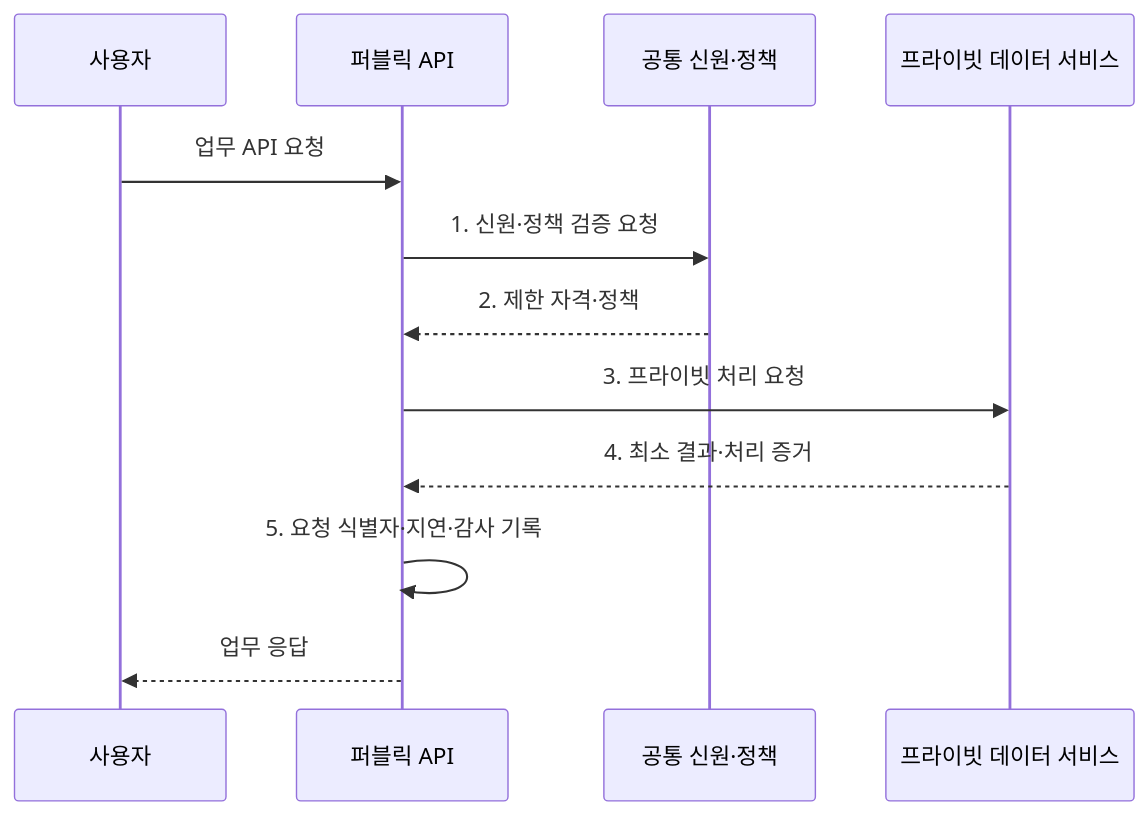
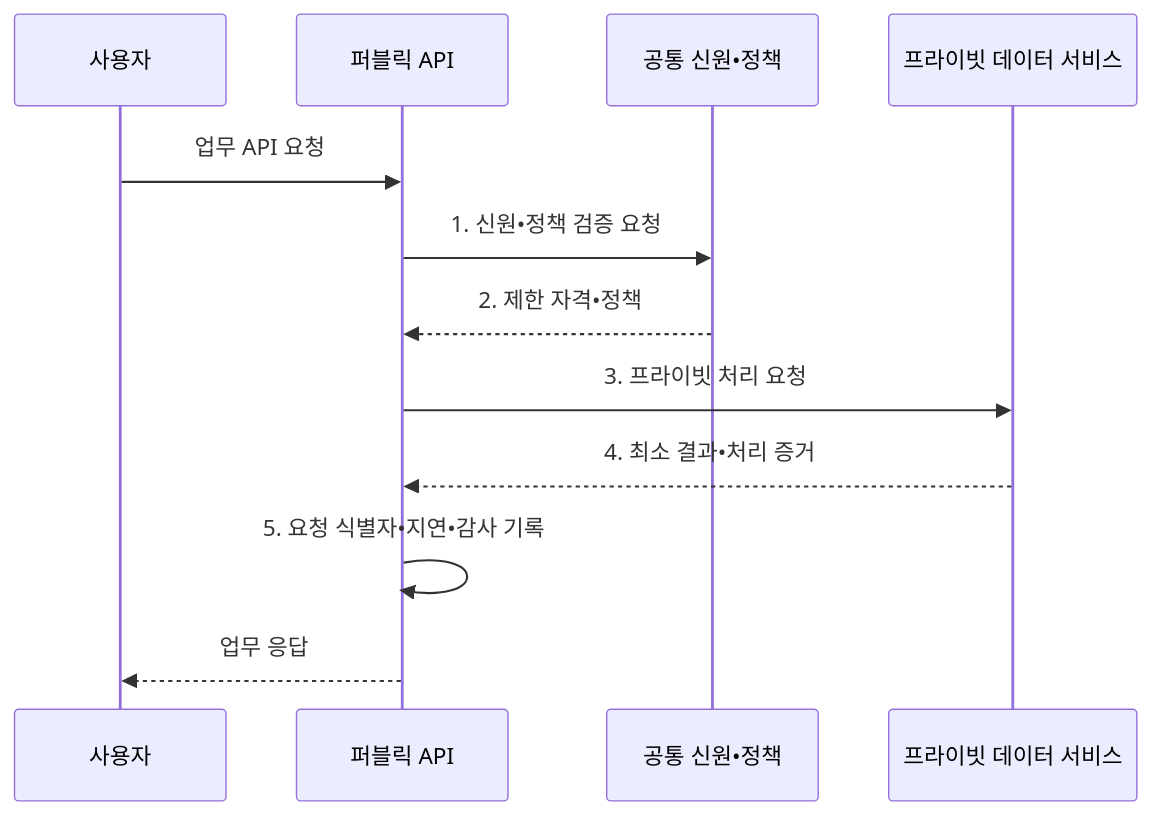
One commit to agnusdei1207/knowledge-base changed the second of 2 diagrams in src/content/docs/notes/03-software/142_cloud_deployment_models.md. Above: the diagram before and after it, drawn with Mermaid. The commit also changed other lines of this file and 953 other files, not shown here.

````diff
--- a/src/content/docs/notes/03-software/142_cloud_deployment_models.md
+++ b/src/content/docs/notes/03-software/142_cloud_deployment_models.md
@@ -109,14 +109,14 @@
 ```mermaid
 sequenceDiagram
     participant U as 사용자
     participant P as 퍼블릭 API
-    participant I as 공통 신원·정책
+    participant I as 공통 신원•정책
     participant R as 프라이빗 데이터 서비스
     U->>P: 업무 API 요청
-    P->>I: 1. 신원·정책 검증 요청
-    I-->>P: 2. 제한 자격·정책
+    P->>I: 1. 신원•정책 검증 요청
+    I-->>P: 2. 제한 자격•정책
     P->>R: 3. 프라이빗 처리 요청
-    R-->>P: 4. 최소 결과·처리 증거
-    P->>P: 5. 요청 식별자·지연·감사 기록
+    R-->>P: 4. 최소 결과•처리 증거
+    P->>P: 5. 요청 식별자•지연•감사 기록
     P-->>U: 업무 응답
 ```
````
